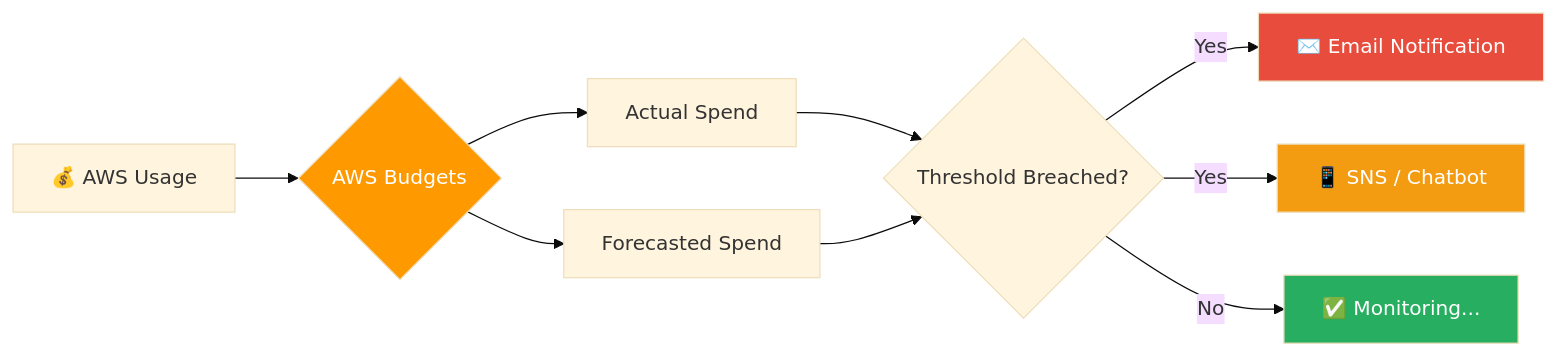
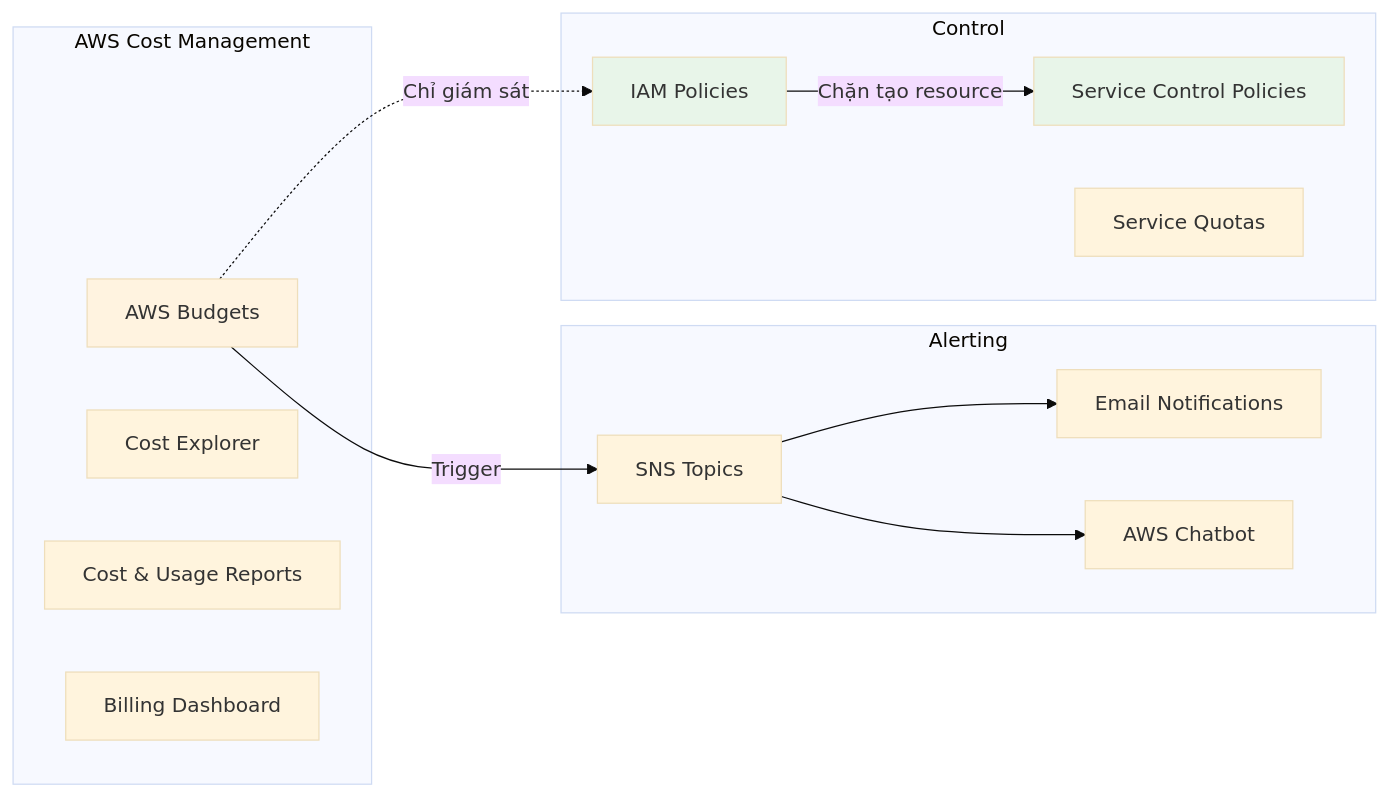
One commit to tietvinhphu/AWS-Journey changed the second of 7 diagrams in The First Cloud Journey/3. Cost Management with AWS Budgets/README.md. Above: the diagram before and after it, drawn with Mermaid (base theme). The commit also changed other lines of this file and 1 other file, not shown here.

Commit message:
feat: Add Cost Management with AWS Budgets documentation and update main README.

````diff
--- a/The First Cloud Journey/3. Cost Management with AWS Budgets/README.md
+++ b/The First Cloud Journey/3. Cost Management with AWS Budgets/README.md
@@ -30,16 +112,32 @@
 ```mermaid
 flowchart LR
-    A[💰 AWS Usage] --> B{AWS Budgets}
-    B --> C[Actual Spend]
-    B --> D[Forecasted Spend]
-    C --> E{Threshold Breached?}
-    D --> E
-    E -->|Yes| F[✉️ Email Notification]
-    E -->|Yes| G[📱 SNS / Chatbot]
-    E -->|No| H[✅ Monitoring...]
-    
-    style B fill:#ff9900,color:#fff
-    style F fill:#e74c3c,color:#fff
-    style G fill:#f39c12,color:#fff
-    style H fill:#27ae60,color:#fff
+    subgraph "AWS Cost Management"
+        A[AWS Budgets]
+        B[Cost Explorer]
+        C[Cost & Usage Reports]
+        D[Billing Dashboard]
+    end
+
+    subgraph "Alerting"
+        E[SNS Topics]
+        F[Email Notifications]
+        G[AWS Chatbot]
+    end
+
+    subgraph "Control"
+        H[IAM Policies]
+        I[Service Control Policies]
+        J[Service Quotas]
+    end
+
+    A -->|Trigger| E
+    E --> F
+    E --> G
+    A -.->|Chỉ giám sát| H
+    H -->|Chặn tạo resource| I
+
+    style A fill:#fff3e0
+    style H fill:#e8f5e9
+    style I fill:#e8f5e9
+
 ```
````
